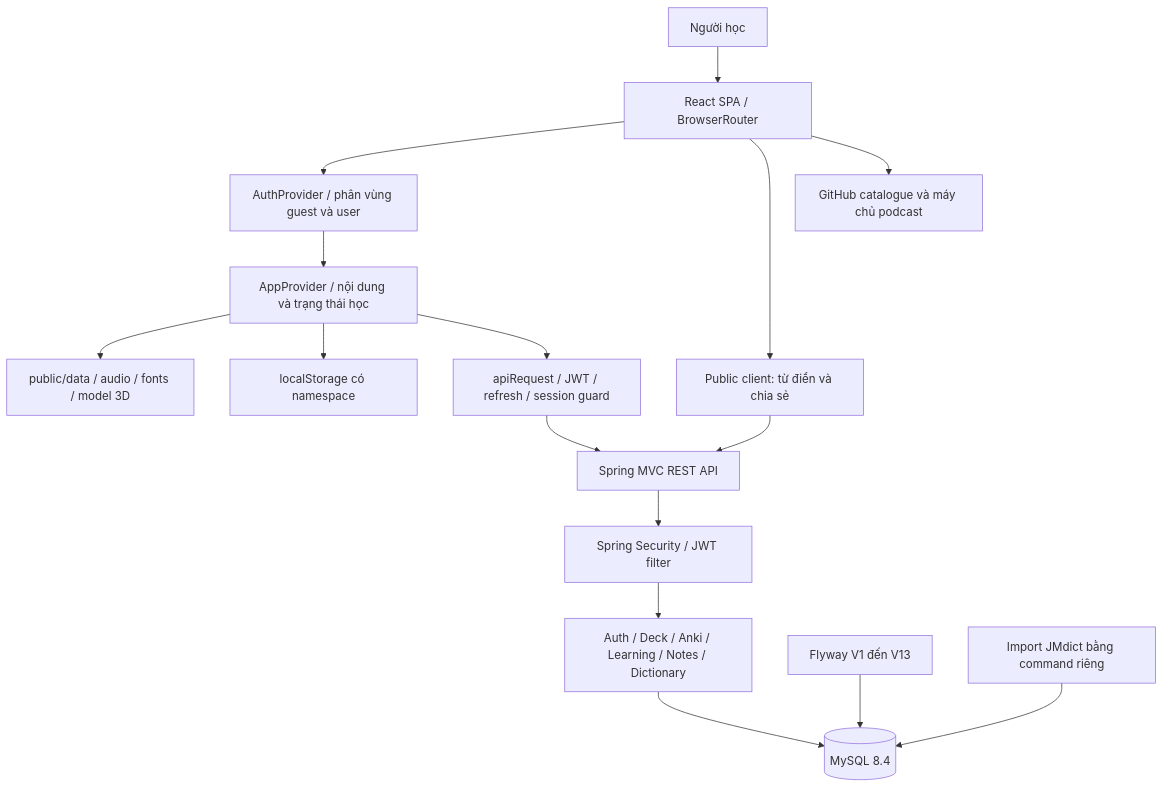
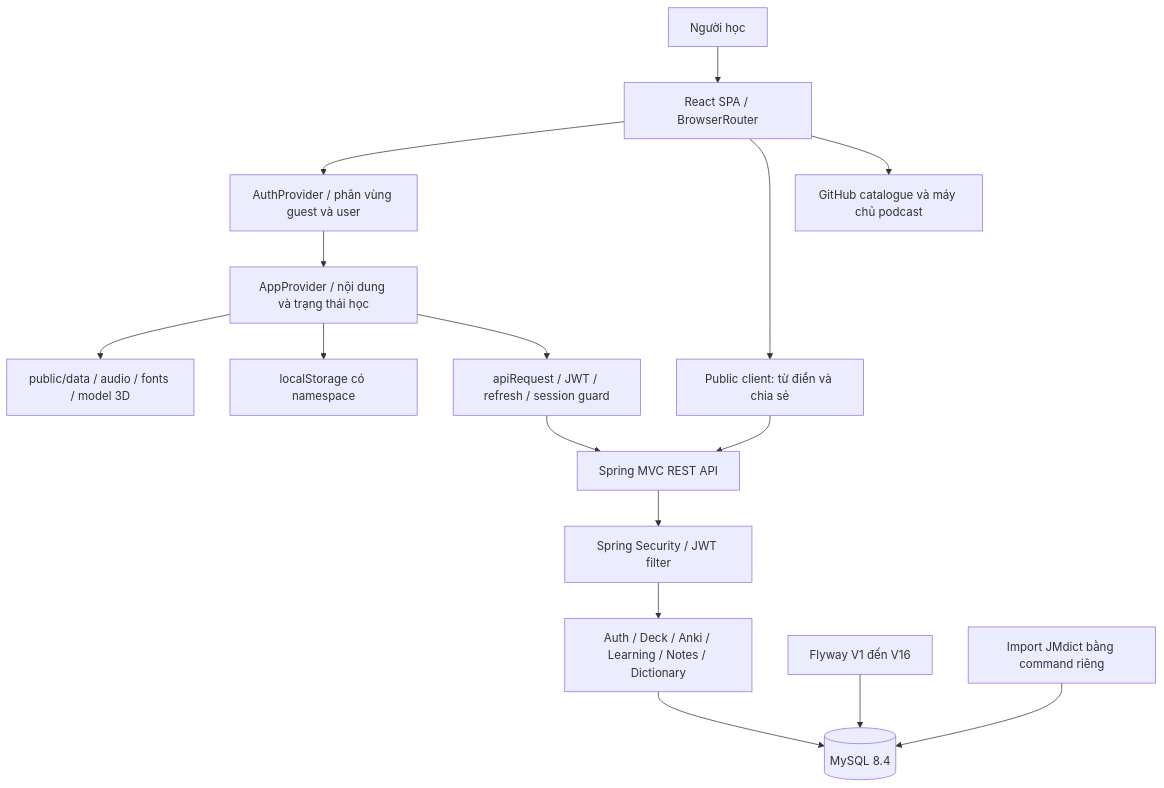
The first of 3 diagrams in KIEN_TRUC_HE_THONG.md (phitruong211/N3), drawn with Mermaid before and after one commit. The commit also changed other lines of this file, not shown here.

Commit message:
docs: update architecture for review outbox, undo and removed files

````diff
--- a/KIEN_TRUC_HE_THONG.md
+++ b/KIEN_TRUC_HE_THONG.md
@@ -58,18 +58,18 @@
 ```mermaid
 flowchart TD
     U[Người học] --> SPA[React SPA / BrowserRouter]
     SPA --> AUTH[AuthProvider / phân vùng guest và user]
     AUTH --> APP[AppProvider / nội dung và trạng thái học]
     APP --> STATIC[public/data / audio / fonts / model 3D]
     APP --> LOCAL[localStorage có namespace]
     SPA --> PUBLIC[Public client: từ điển và chia sẻ]
     APP --> API[apiRequest / JWT / refresh / session guard]
     PUBLIC --> HTTP[Spring MVC REST API]
     API --> HTTP
     HTTP --> SEC[Spring Security / JWT filter]
     SEC --> SERVICES[Auth / Deck / Anki / Learning / Notes / Dictionary]
     SERVICES --> DB[(MySQL 8.4)]
-    FLY[Flyway V1 đến V13] --> DB
+    FLY[Flyway V1 đến V16] --> DB
     JM[Import JMdict bằng command riêng] --> DB
     SPA --> LISTEN[GitHub catalogue và máy chủ podcast]
 ```
````
